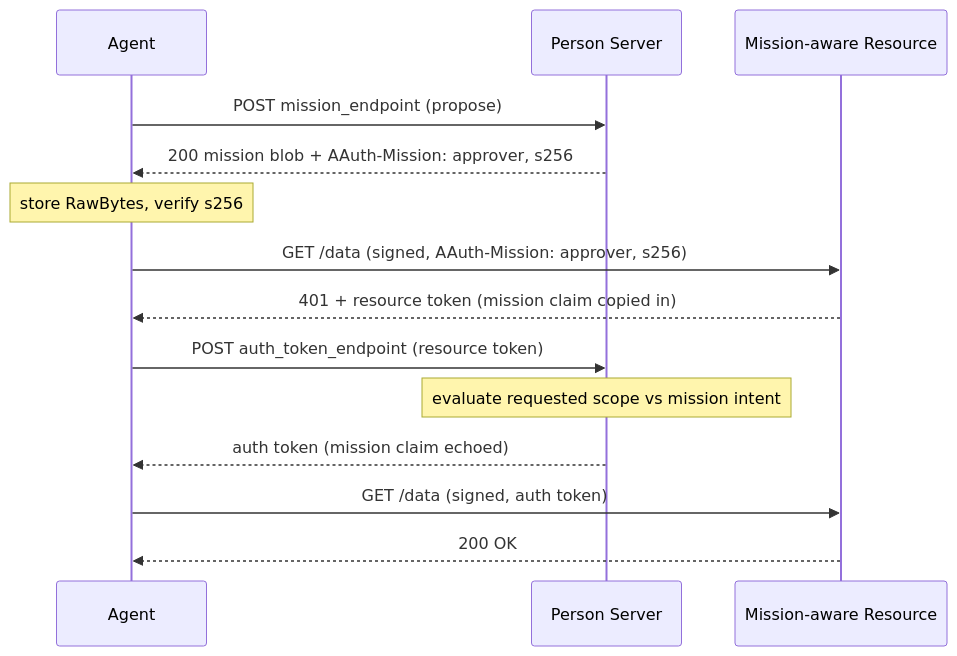
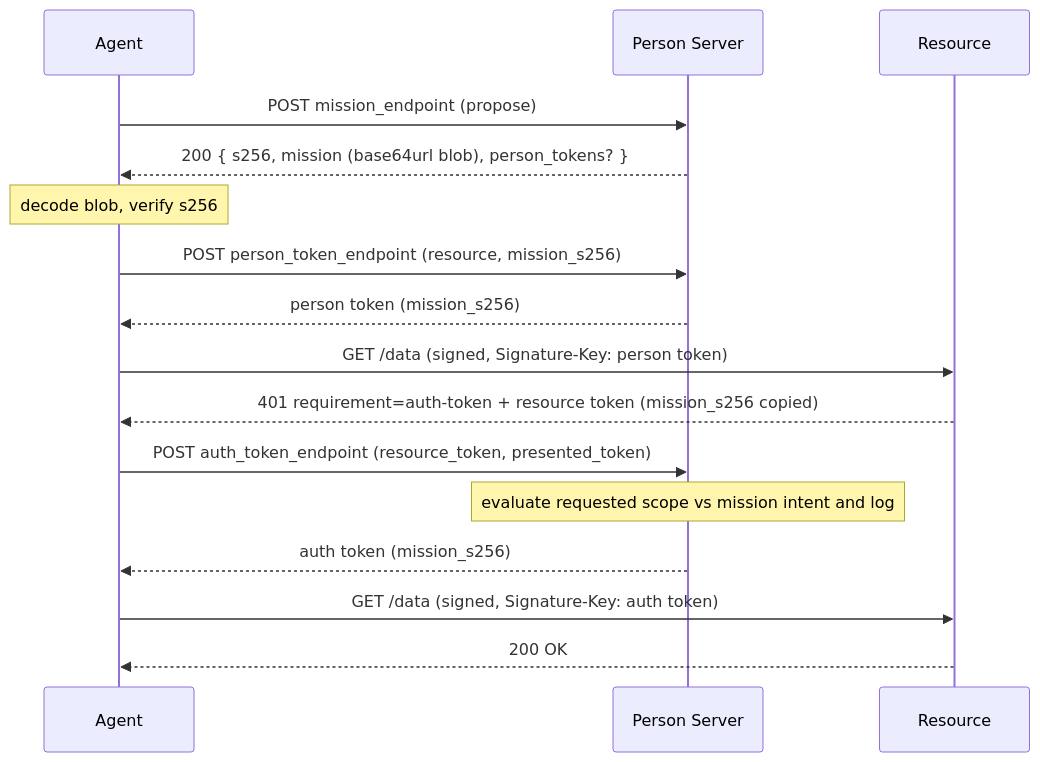
Before and after one commit to aauth-dev/dotnet-samples: the diagram in docs/advanced/missions.md, drawn with Mermaid. The commit also changed other lines of this file and 26 other files, not shown here.

````diff
--- a/docs/advanced/missions.md
+++ b/docs/advanced/missions.md
@@ -178,18 +197,20 @@
 ```mermaid
 sequenceDiagram
     participant Agent
     participant PS as Person Server
-    participant Resource as Mission-aware Resource
+    participant Resource
 
     Agent->>PS: POST mission_endpoint (propose)
-    PS-->>Agent: 200 mission blob + AAuth-Mission: approver, s256
-    Note over Agent: store RawBytes, verify s256
+    PS-->>Agent: 200 { s256, mission (base64url blob), person_tokens? }
+    Note over Agent: decode blob, verify s256
 
-    Agent->>Resource: GET /data (signed, AAuth-Mission: approver, s256)
-    Resource-->>Agent: 401 + resource token (mission claim copied in)
-    Agent->>PS: POST auth_token_endpoint (resource token)
-    Note over PS: evaluate requested scope vs mission intent
-    PS-->>Agent: auth token (mission claim echoed)
-    Agent->>Resource: GET /data (signed, auth token)
+    Agent->>PS: POST person_token_endpoint (resource, mission_s256)
+    PS-->>Agent: person token (mission_s256)
+    Agent->>Resource: GET /data (signed, Signature-Key: person token)
+    Resource-->>Agent: 401 requirement=auth-token + resource token (mission_s256 copied)
+    Agent->>PS: POST auth_token_endpoint (resource_token, presented_token)
+    Note over PS: evaluate requested scope vs mission intent and log
+    PS-->>Agent: auth token (mission_s256)
+    Agent->>Resource: GET /data (signed, Signature-Key: auth token)
     Resource-->>Agent: 200 OK
 ```
````
